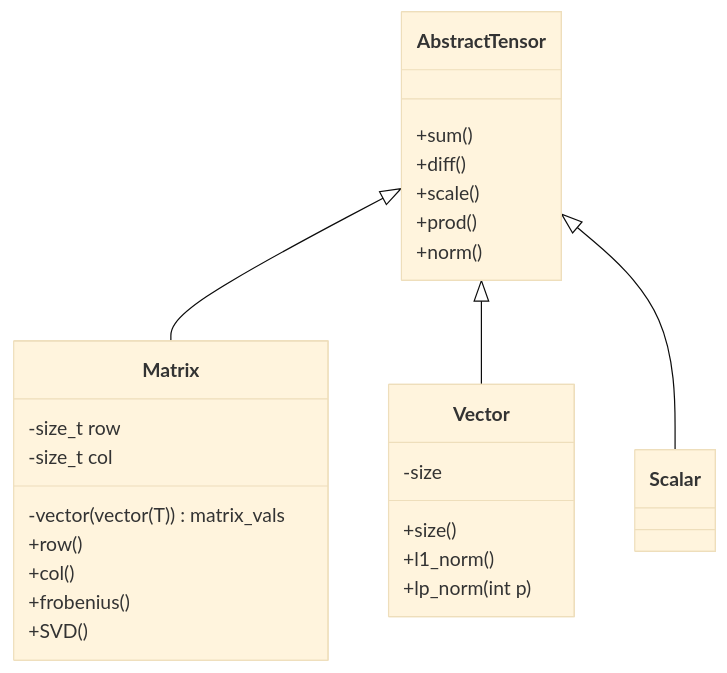
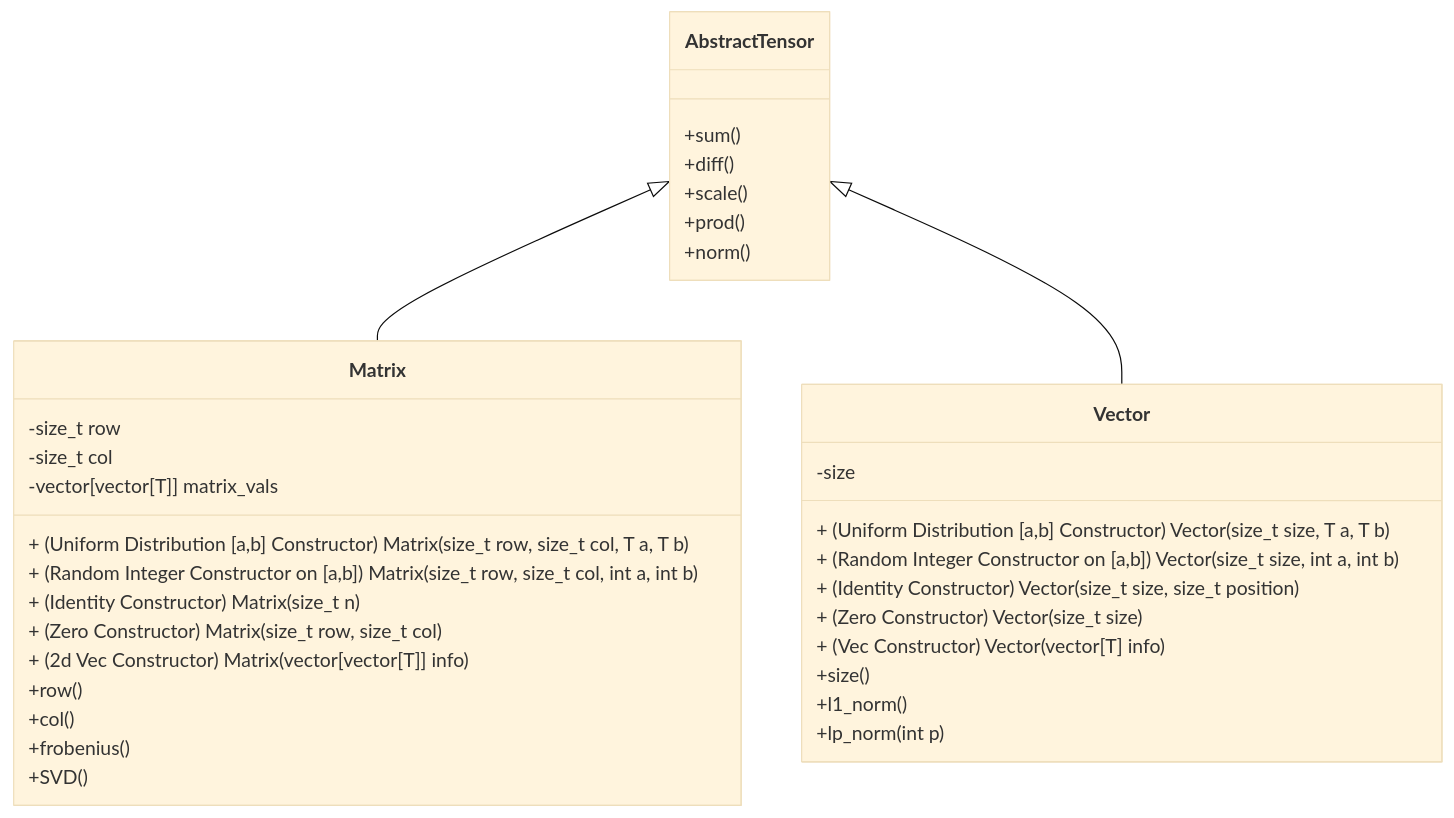
One commit to ThomasTorres2024/PythonNLA changed the diagram in README.md. Above: the diagram before and after it, drawn with Mermaid (base theme). The commit also changed other lines of this file, not shown here.

Commit message:
Enhance README with detailed class constructors
Updated README to include additional constructors for Matrix and Vector classes.

````diff
--- a/README.md
+++ b/README.md
@@ -17,31 +18,45 @@
 ```mermaid
 classDiagram
     AbstractTensor <|-- Matrix
     AbstractTensor <|-- Vector
-    AbstractTensor <|-- Scalar
-    
-
+	
     AbstractTensor : +sum()
     AbstractTensor : +diff()
     AbstractTensor : +scale()
     AbstractTensor : +prod()
     AbstractTensor : +norm()
     
     Matrix : -size_t row
     Matrix : -size_t col
-    Matrix : -vector(vector(T)) matrix_vals
+    Matrix : -vector[vector[T]] matrix_vals
     
+    
+    Matrix : + (Uniform Distribution [a,b] Constructor) Matrix(size_t row, size_t col, T a, T b)
+    Matrix : + (Random Integer Constructor on [a,b]) Matrix(size_t row, size_t col, int a, int b)
+    Matrix : + (Identity Constructor) Matrix(size_t n)
+    Matrix : + (Zero Constructor) Matrix(size_t row, size_t col)
+    Matrix : + (2d Vec Constructor) Matrix(vector[vector[T]] info)
+	
+	
     Matrix : +row()
     Matrix : +col()
     Matrix : +frobenius()
     Matrix : +SVD()
     
     Vector : -size
+    
+    Vector : + (Uniform Distribution [a,b] Constructor) Vector(size_t size, T a, T b)
+    Vector : + (Random Integer Constructor on [a,b]) Vector(size_t size, int a, int b)
+    Vector : + (Identity Constructor) Vector(size_t size, size_t position)
+    Vector : + (Zero Constructor) Vector(size_t size)
+    Vector : + (Vec Constructor) Vector(vector[T] info)
+	
+    
     
     Vector : +size()
     Vector : +l1_norm()
     Vector : +lp_norm(int p)
     
     
     
 ```
````
